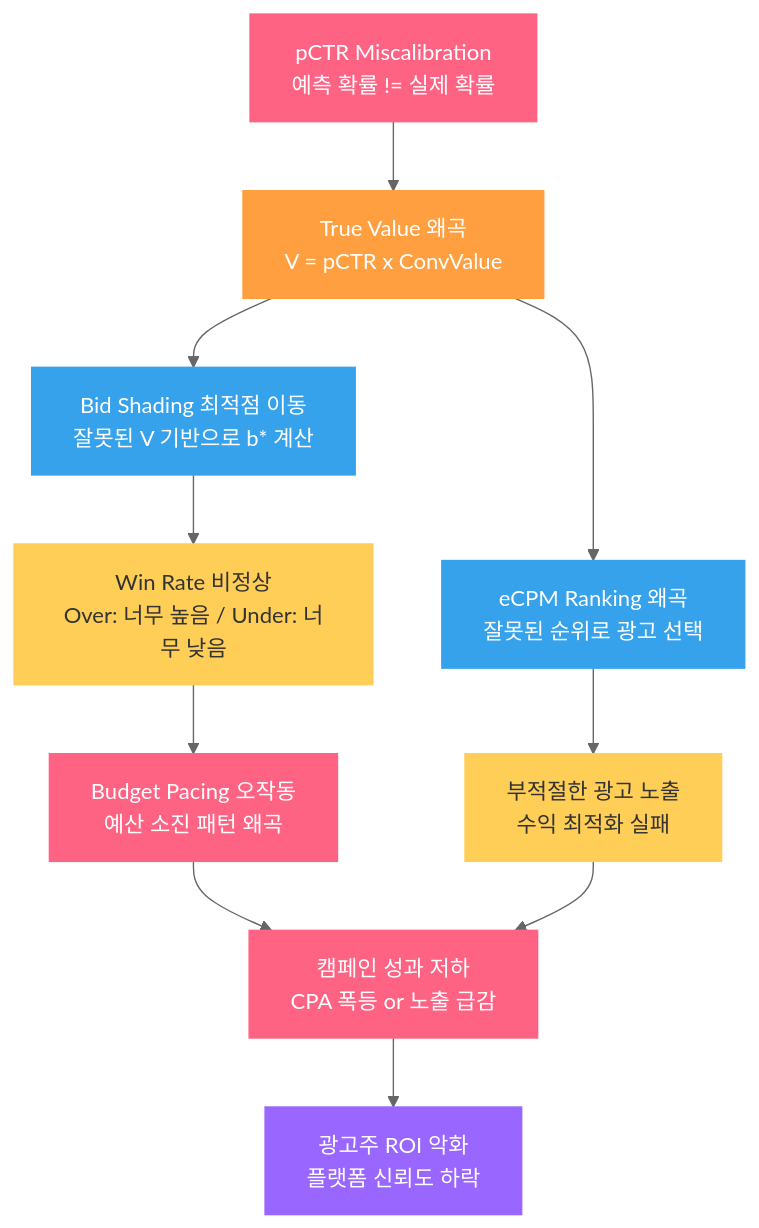
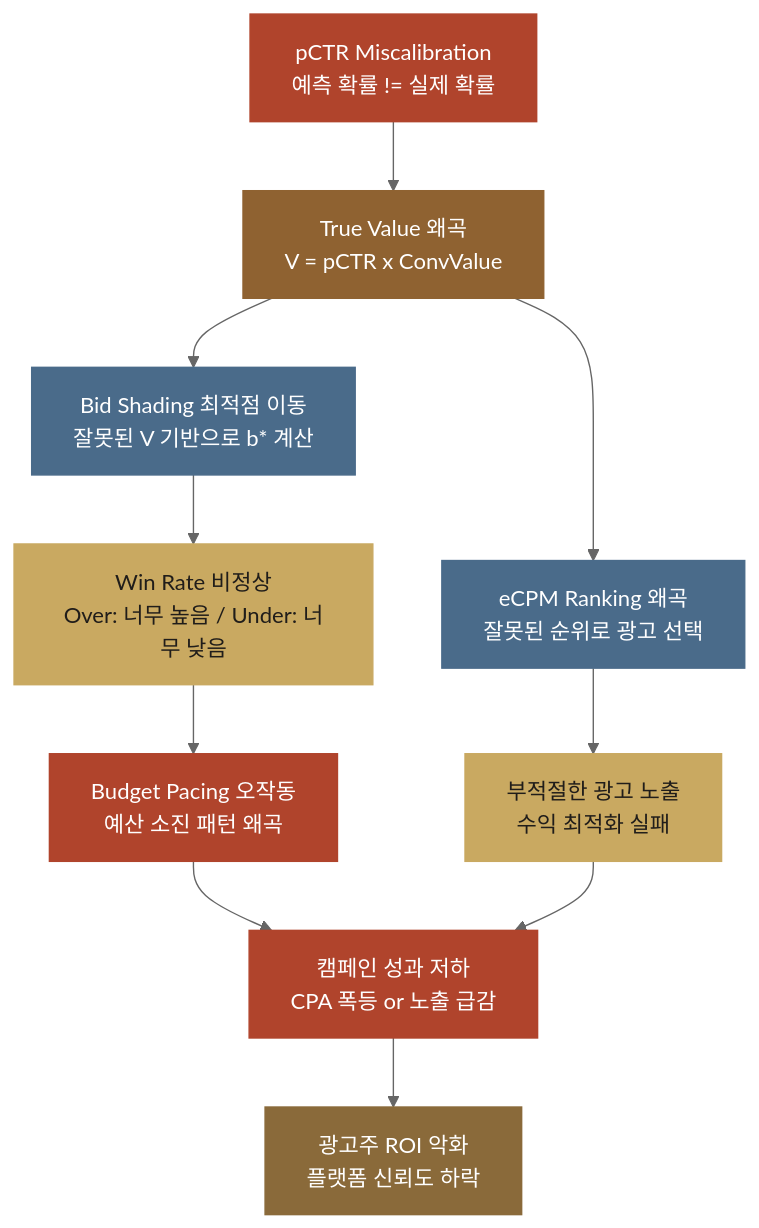
The first of 3 diagrams in posts/calibration.md (chkimsu/adtech-blog), drawn with Mermaid (neutral theme) before and after one commit. The commit also changed other lines of this file and 40 other files, not shown here.

````diff
--- a/posts/calibration.md
+++ b/posts/calibration.md
@@ -236,22 +236,22 @@
 ```mermaid
 graph TD
     A["pCTR Miscalibration<br/>예측 확률 != 실제 확률"] --> B["True Value 왜곡<br/>V = pCTR x ConvValue"]
     B --> C["Bid Shading 최적점 이동<br/>잘못된 V 기반으로 b* 계산"]
     B --> D["eCPM Ranking 왜곡<br/>잘못된 순위로 광고 선택"]
     C --> E["Win Rate 비정상<br/>Over: 너무 높음 / Under: 너무 낮음"]
     D --> F["부적절한 광고 노출<br/>수익 최적화 실패"]
     E --> G["Budget Pacing 오작동<br/>예산 소진 패턴 왜곡"]
     G --> H["캠페인 성과 저하<br/>CPA 폭등 or 노출 급감"]
     F --> H
     H --> I["광고주 ROI 악화<br/>플랫폼 신뢰도 하락"]
 
-    style A fill:#ff6384,stroke:#ff6384,color:#fff
-    style B fill:#ff9f40,stroke:#ff9f40,color:#fff
-    style C fill:#36a2eb,stroke:#36a2eb,color:#fff
-    style D fill:#36a2eb,stroke:#36a2eb,color:#fff
-    style E fill:#ffce56,stroke:#ffce56,color:#333
-    style F fill:#ffce56,stroke:#ffce56,color:#333
-    style G fill:#ff6384,stroke:#ff6384,color:#fff
-    style H fill:#ff6384,stroke:#ff6384,color:#fff
-    style I fill:#9966ff,stroke:#9966ff,color:#fff
+    style A fill:#b0442c,stroke:#b0442c,color:#fff
+    style B fill:#8f6231,stroke:#8f6231,color:#fff
+    style C fill:#4a6b8a,stroke:#4a6b8a,color:#fff
+    style D fill:#4a6b8a,stroke:#4a6b8a,color:#fff
+    style E fill:#c9a961,stroke:#c9a961,color:#201d1a
+    style F fill:#c9a961,stroke:#c9a961,color:#201d1a
+    style G fill:#b0442c,stroke:#b0442c,color:#fff
+    style H fill:#b0442c,stroke:#b0442c,color:#fff
+    style I fill:#8a6a3a,stroke:#8a6a3a,color:#fff
 ```
````
